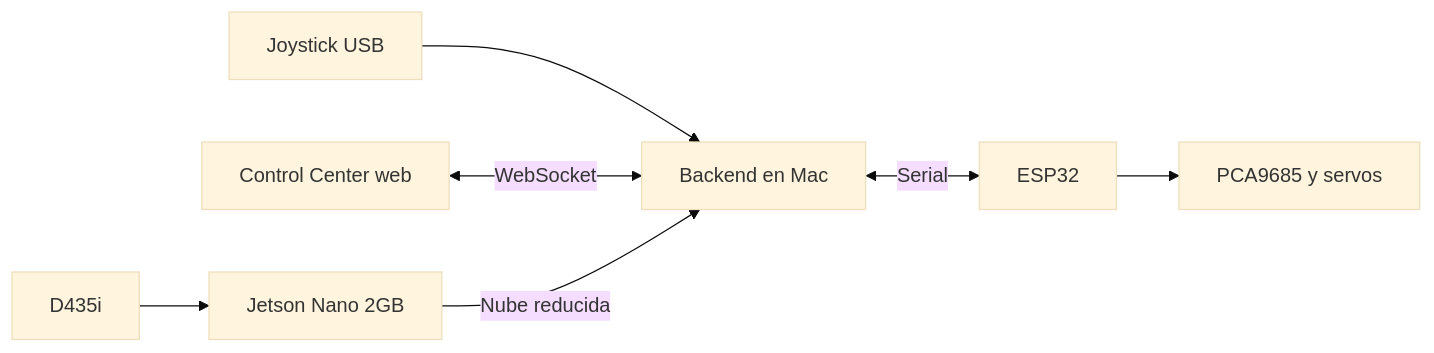
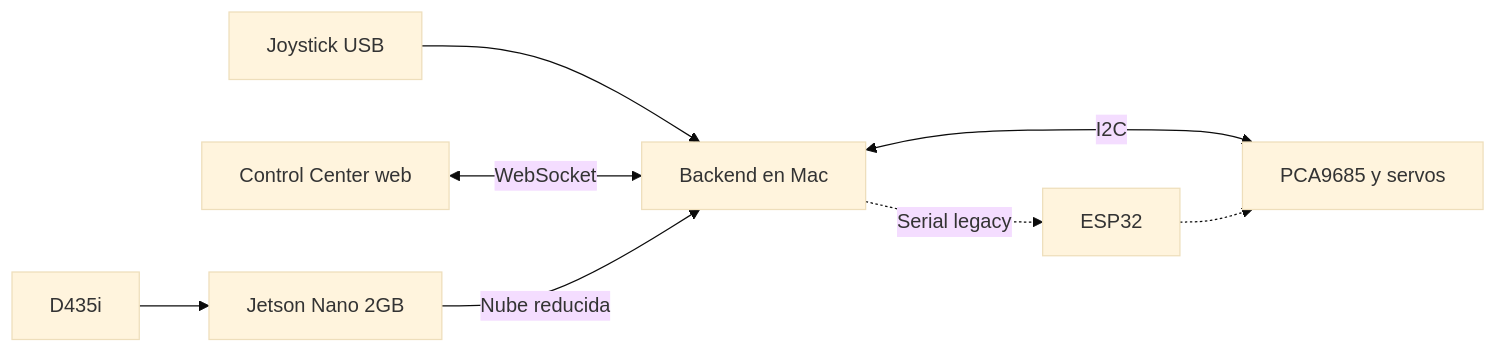
One commit to Antonio-Richaud/Brazo-robot changed the diagram in README.md. Above: the diagram before and after it, drawn with Mermaid (base theme). The commit also changed other lines of this file and 10 other files, not shown here.

````diff
--- a/README.md
+++ b/README.md
@@ -24,9 +25,10 @@
 ```mermaid
 flowchart LR
     J[Joystick USB] --> M[Backend en Mac]
     UI[Control Center web] <-->|WebSocket| M
-    M <-->|Serial| E[ESP32]
-    E --> P[PCA9685 y servos]
+    M <-->|I2C| P[PCA9685 y servos]
+    M -.->|Serial legacy| E[ESP32]
+    E -.-> P
     R[D435i] --> N[Jetson Nano 2GB]
     N -->|Nube reducida| M
 ```
````
